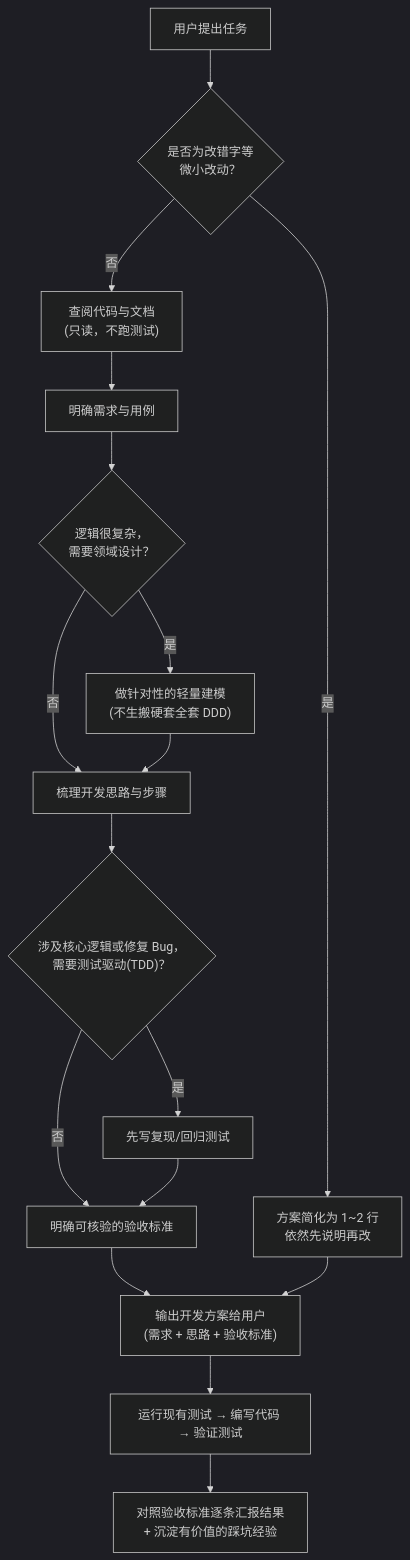
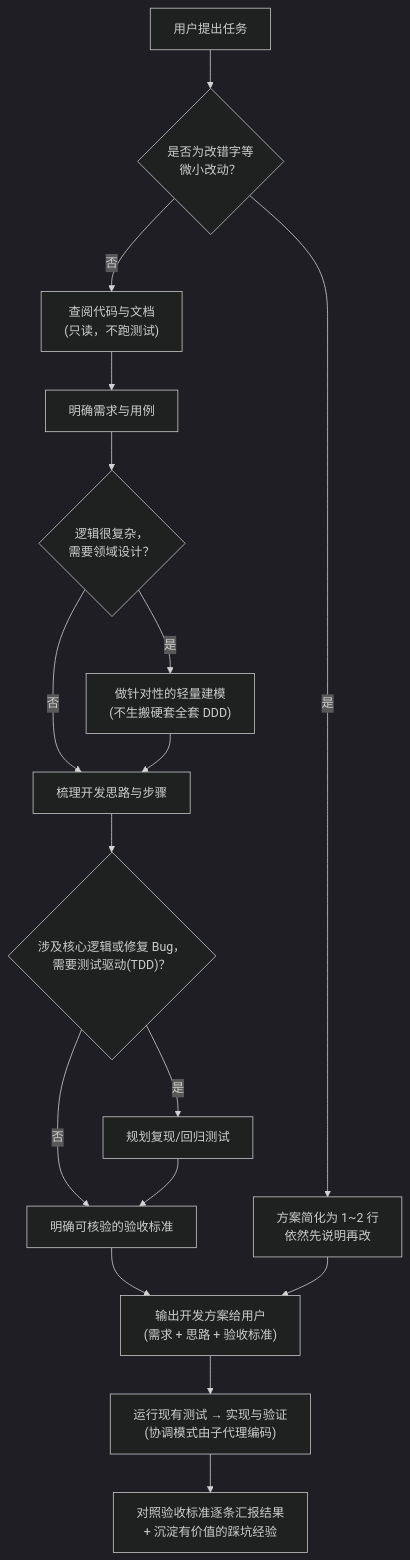
The diagram in README.md (stackJx/navigate-software-development), drawn with Mermaid (dark theme) before and after one commit. The commit also changed other lines of this file and 14 other files, not shown here.

````diff
--- a/README.md
+++ b/README.md
@@ -19,19 +19,19 @@
 ```mermaid
 flowchart TD
     A["用户提出任务"] --> Q{"是否为改错字等<br/>微小改动？"}
     Q -- "是" --> S["方案简化为 1~2 行<br/>依然先说明再改"]
     Q -- "否" --> X["查阅代码与文档<br/>(只读，不跑测试)"]
     X --> R["明确需求与用例"]
     R --> D{"逻辑很复杂，<br/>需要领域设计？"}
     D -- "是" --> DD["做针对性的轻量建模<br/>(不生搬硬套全套 DDD)"]
     D -- "否" --> P["梳理开发思路与步骤"]
     DD --> P
     P --> T{"涉及核心逻辑或修复 Bug，<br/>需要测试驱动(TDD)？"}
-    T -- "是" --> TS["先写复现/回归测试"]
+    T -- "是" --> TS["规划复现/回归测试"]
     T -- "否" --> A1["明确可核验的验收标准"]
     TS --> A1
     A1 --> G["输出开发方案给用户<br/>(需求 + 思路 + 验收标准)"]
     S --> G
-    G --> B["运行现有测试 → 编写代码 → 验证测试"]
+    G --> B["运行现有测试 → 实现与验证<br/>(协调模式由子代理编码)"]
     B --> O["对照验收标准逐条汇报结果<br/>+ 沉淀有价值的踩坑经验"]
 ```
````
